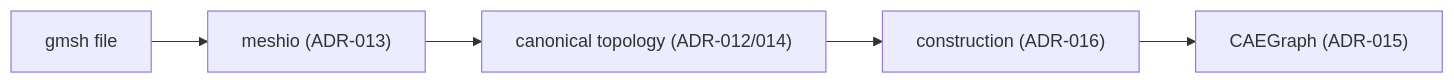
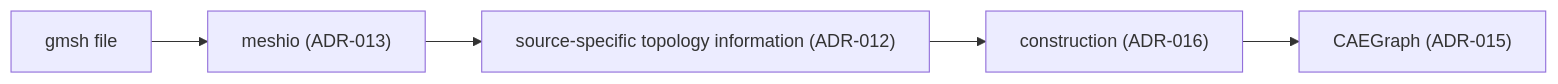
One commit to XYChouMian/caegraph changed the diagram in architecture/decisions/ADR-016-caegraph-construction-contract.md. Above: the diagram before and after it, drawn with Mermaid. The commit also changed other lines of this file and 3 other files, not shown here.

````diff
--- a/architecture/decisions/ADR-016-caegraph-construction-contract.md
+++ b/architecture/decisions/ADR-016-caegraph-construction-contract.md
@@ -15,9 +15,9 @@
 ```mermaid
 flowchart LR
     A["gmsh file"] --> B["meshio (ADR-013)"]
-    B --> C["canonical topology (ADR-012/014)"]
+    B --> C["source-specific topology information (ADR-012)"]
     C --> D["construction (ADR-016)"]
     D --> E["CAEGraph (ADR-015)"]
     classDef nowrap white-space:nowrap
     class A,B,C,D,E nowrap
 ```
````
